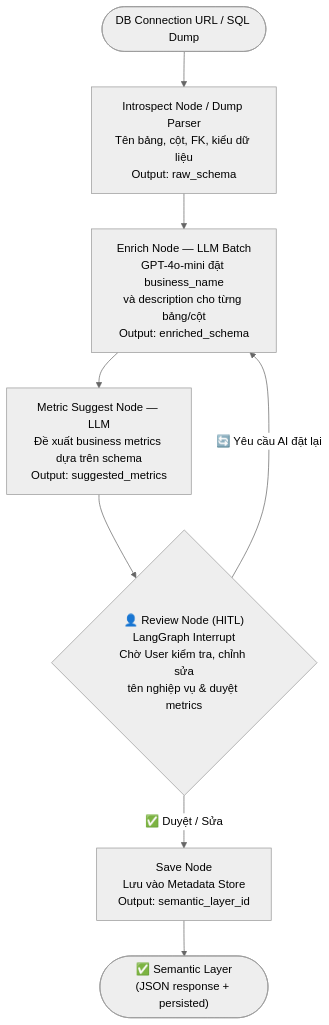
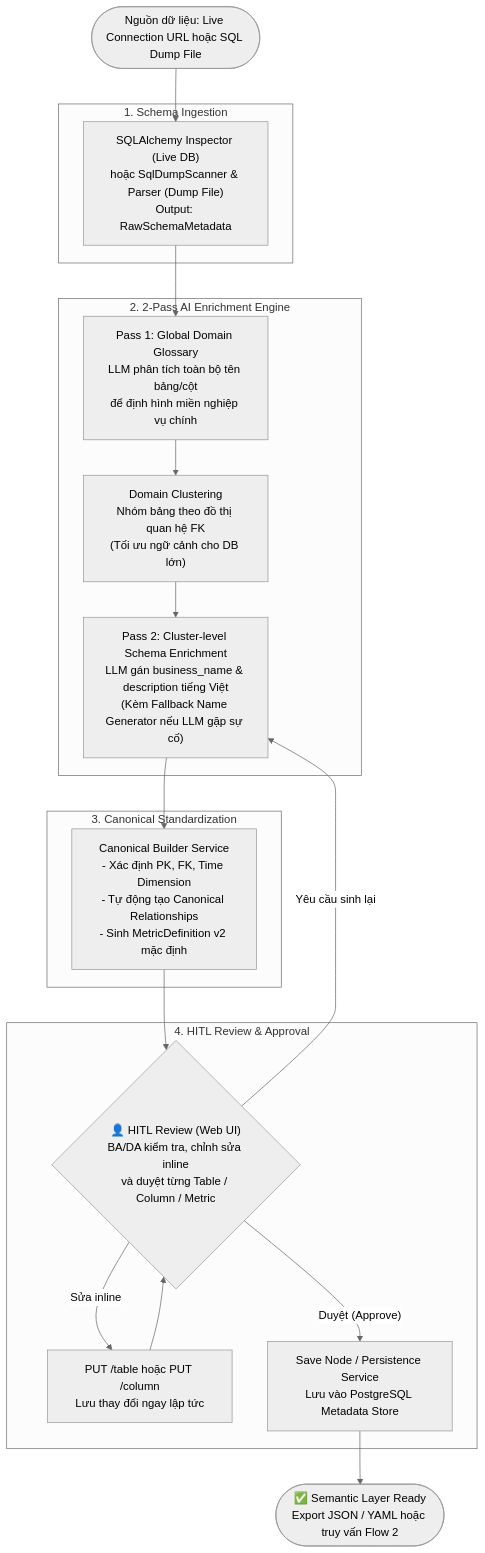
The second of 6 diagrams in ARCHITECTURE.md (QuanAnh280605/P-069), drawn with Mermaid (neutral theme) before and after one commit. The commit also changed other lines of this file and 41 other files, not shown here.

Commit message:
feat: implement LLM orchestration service with resilient parsing, retry logic, and semaphored request handling

````diff
--- a/ARCHITECTURE.md
+++ b/ARCHITECTURE.md
@@ -60,20 +99,28 @@
 ```mermaid
 flowchart TD
-    START(["DB Connection URL / SQL Dump"]) --> IN
+    SOURCE(["Nguồn dữ liệu: Live Connection URL hoặc SQL Dump File"]) --> PARSE
 
-    IN["Introspect Node / Dump Parser\nTên bảng, cột, FK, kiểu dữ liệu\nOutput: raw_schema"]
-    IN --> EN
+    subgraph Ingestion["1. Schema Ingestion"]
+        PARSE["SQLAlchemy Inspector (Live DB)\nhoặc SqlDumpScanner & Parser (Dump File)\nOutput: RawSchemaMetadata"]
+    end
 
-    EN["Enrich Node — LLM Batch\nGPT-4o-mini đặt business_name\nvà description cho từng bảng/cột\nOutput: enriched_schema"]
-    EN --> MS
+    subgraph Enrichment["2. 2-Pass AI Enrichment Engine"]
+        PARSE --> P1["Pass 1: Global Domain Glossary\nLLM phân tích toàn bộ tên bảng/cột\nđể định hình miền nghiệp vụ chính"]
+        P1 --> CLUST["Domain Clustering\nNhóm bảng theo đồ thị quan hệ FK\n(Tối ưu ngữ cảnh cho DB lớn)"]
+        CLUST --> P2["Pass 2: Cluster-level Schema Enrichment\nLLM gán business_name & description tiếng Việt\n(Kèm Fallback Name Generator nếu LLM gặp sự cố)"]
+    end
 
-    MS["Metric Suggest Node — LLM\nĐề xuất business metrics dựa trên schema\nOutput: suggested_metrics"]
-    MS --> HITL
+    subgraph Canonical["3. Canonical Standardization"]
+        P2 --> CANON["Canonical Builder Service\n- Xác định PK, FK, Time Dimension\n- Tự động tạo Canonical Relationships\n- Sinh MetricDefinition v2 mặc định"]
+    end
 
-    HITL{"👤 Review Node (HITL)\nLangGraph Interrupt\nChờ User kiểm tra, chỉnh sửa\ntên nghiệp vụ & duyệt metrics"}
+    subgraph HITL_Loop["4. HITL Review & Approval"]
+        CANON --> REVIEW{"👤 HITL Review (Web UI)\nBA/DA kiểm tra, chỉnh sửa inline\nvà duyệt từng Table / Column / Metric"}
+        REVIEW -->|"Sửa inline"| EDIT["PUT /table hoặc PUT /column\nLưu thay đổi ngay lập tức"]
+        EDIT --> REVIEW
+        REVIEW -->|"Duyệt (Approve)"| SAVE["Save Node / Persistence Service\nLưu vào PostgreSQL Metadata Store"]
+        REVIEW -->|"Yêu cầu sinh lại"| P2
+    end
 
-    HITL -->|"✅ Duyệt / Sửa"| SV["Save Node\nLưu vào Metadata Store\nOutput: semantic_layer_id"]
-    HITL -->|"🔄 Yêu cầu AI đặt lại"| EN
-
-    SV --> END(["✅ Semantic Layer\n(JSON response + persisted)"])
+    SAVE --> EXPORT(["✅ Semantic Layer Ready\nExport JSON / YAML hoặc truy vấn Flow 2"])
 ```
````
